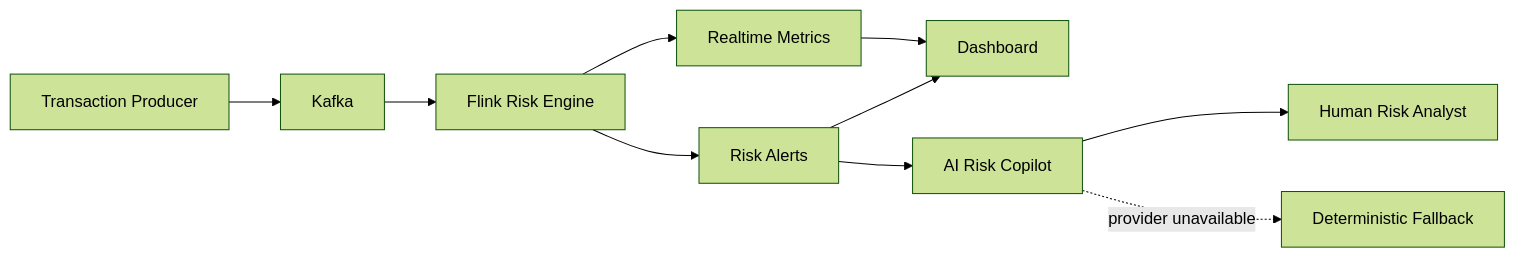
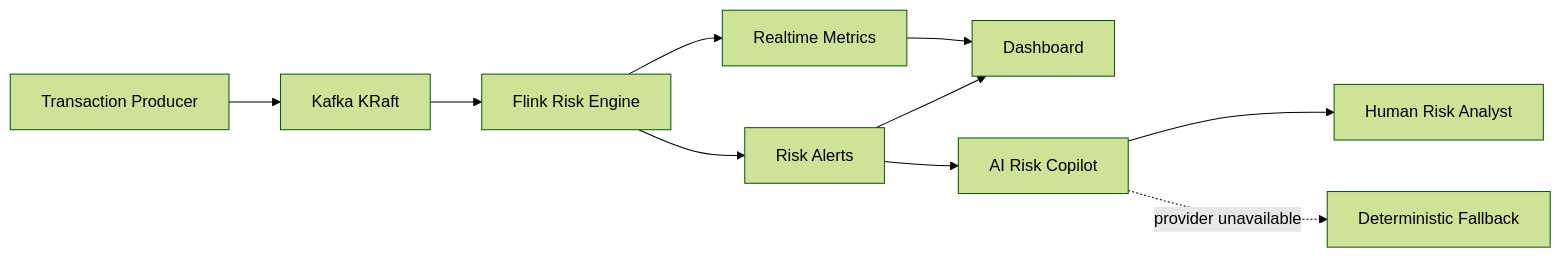
Before and after one commit to plutoczm/finguard-realtime-risk-monitor: the diagram in README.md, drawn with Mermaid (forest theme). The commit also changed other lines of this file, not shown here.

Commit message:
docs: align README with minimal AI application architecture

````diff
--- a/README.md
+++ b/README.md
@@ -9,12 +9,12 @@
 ```mermaid
 flowchart LR
-    P[Transaction Producer] --> K[Kafka]
+    P[Transaction Producer] --> K[Kafka KRaft]
     K --> F[Flink Risk Engine]
     F --> M[Realtime Metrics]
     F --> A[Risk Alerts]
     M --> D[Dashboard]
     A --> D
     A --> C[AI Risk Copilot]
     C --> H[Human Risk Analyst]
     C -. provider unavailable .-> G[Deterministic Fallback]
 ```
````
